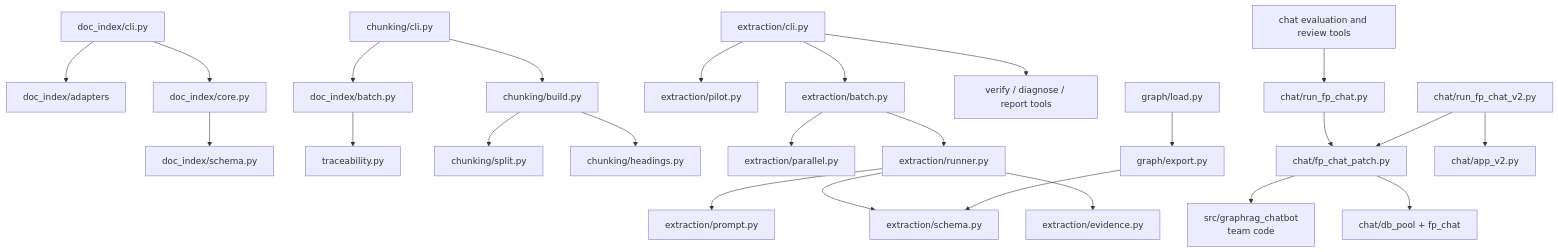
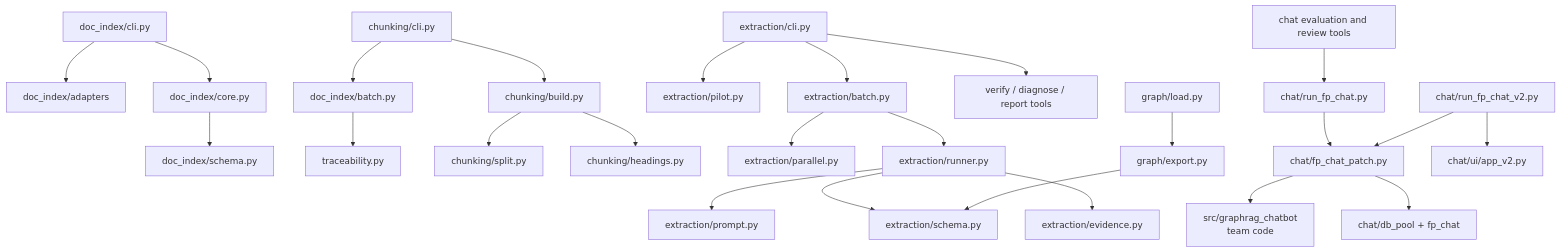
Before and after one commit to encore-ai-campus/mle-02-p2-team3: the second of 2 diagrams in src/card_benefit/payment_card/file_pipeline/README.md, drawn with Mermaid. The commit also changed other lines of this file and 23 other files, not shown here.

````diff
--- a/src/card_benefit/payment_card/file_pipeline/README.md
+++ b/src/card_benefit/payment_card/file_pipeline/README.md
@@ -144,27 +144,27 @@
 ```mermaid
 flowchart TD
     DI[doc_index/cli.py] --> AD[doc_index/adapters]
     DI --> CORE[doc_index/core.py]
     CORE --> SCH[doc_index/schema.py]
     BATCH[doc_index/batch.py] --> TRACE[traceability.py]
     CK[chunking/cli.py] --> BATCH
     CK --> BUILD[chunking/build.py]
     BUILD --> SPLIT[chunking/split.py]
     BUILD --> HEAD[chunking/headings.py]
     ECLI[extraction/cli.py] --> PILOT[extraction/pilot.py]
     ECLI --> BATCHX[extraction/batch.py]
     BATCHX --> PAR[extraction/parallel.py]
     BATCHX --> RUN[extraction/runner.py]
     RUN --> PROMPT[extraction/prompt.py]
     RUN --> ES[extraction/schema.py]
     RUN --> EVID[extraction/evidence.py]
     ECLI --> CHECK[verify / diagnose / report tools]
     EX[graph/export.py] --> ES
     LOAD[graph/load.py] --> EX
     CHAT[chat/run_fp_chat.py] --> PATCH[chat/fp_chat_patch.py]
-    CHAT2[chat/run_fp_chat_v2.py] --> UI[chat/app_v2.py]
+    CHAT2[chat/run_fp_chat_v2.py] --> UI[chat/ui/app_v2.py]
     CHAT2 --> PATCH
     PATCH --> TEAM[src/graphrag_chatbot<br/>team code]
     PATCH --> DB[chat/db_pool + fp_chat]
     EVAL[chat evaluation and review tools] --> CHAT
 ```
````
